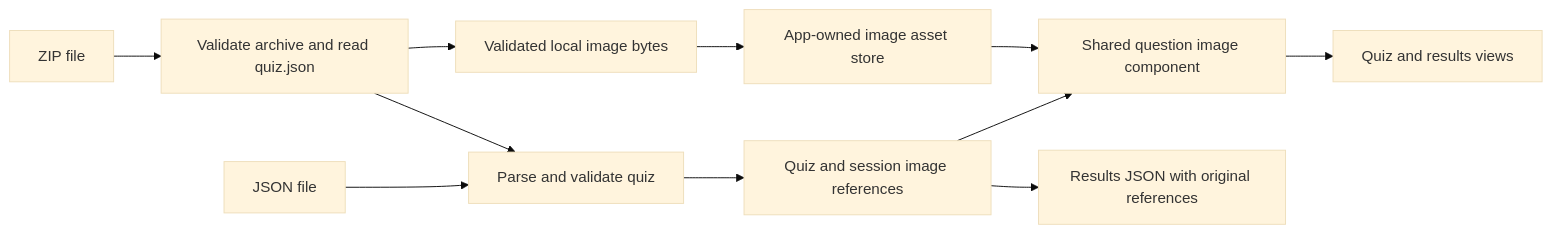
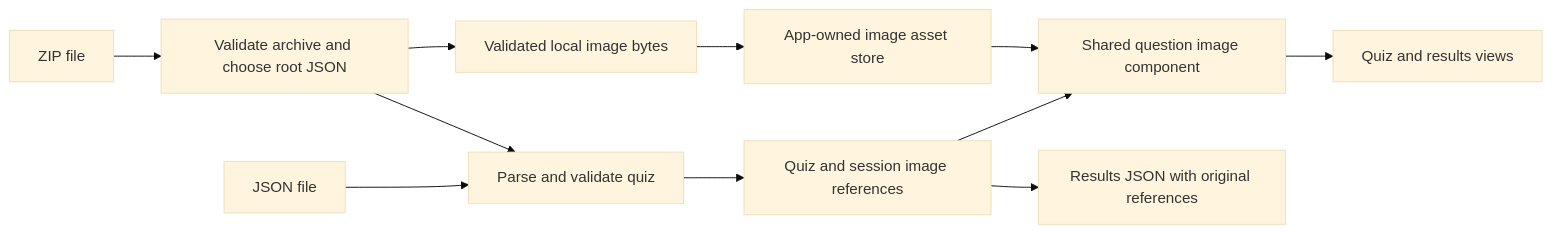
Before and after one commit to Ozy-Viking/practice-quiz: the diagram in docs/quiz-images-plan.md, drawn with Mermaid (base theme). The commit also changed other lines of this file, not shown here.

````diff
--- a/docs/quiz-images-plan.md
+++ b/docs/quiz-images-plan.md
@@ -77,13 +82,13 @@
 ```mermaid
 flowchart LR
     A[JSON file] --> C[Parse and validate quiz]
-    B[ZIP file] --> D[Validate archive and read quiz.json]
+    B[ZIP file] --> D[Validate archive and choose root JSON]
     D --> C
     D --> E[Validated local image bytes]
     C --> F[Quiz and session image references]
     E --> G[App-owned image asset store]
     F --> H[Shared question image component]
     G --> H
     H --> I[Quiz and results views]
     F --> J[Results JSON with original references]
 ```
````
